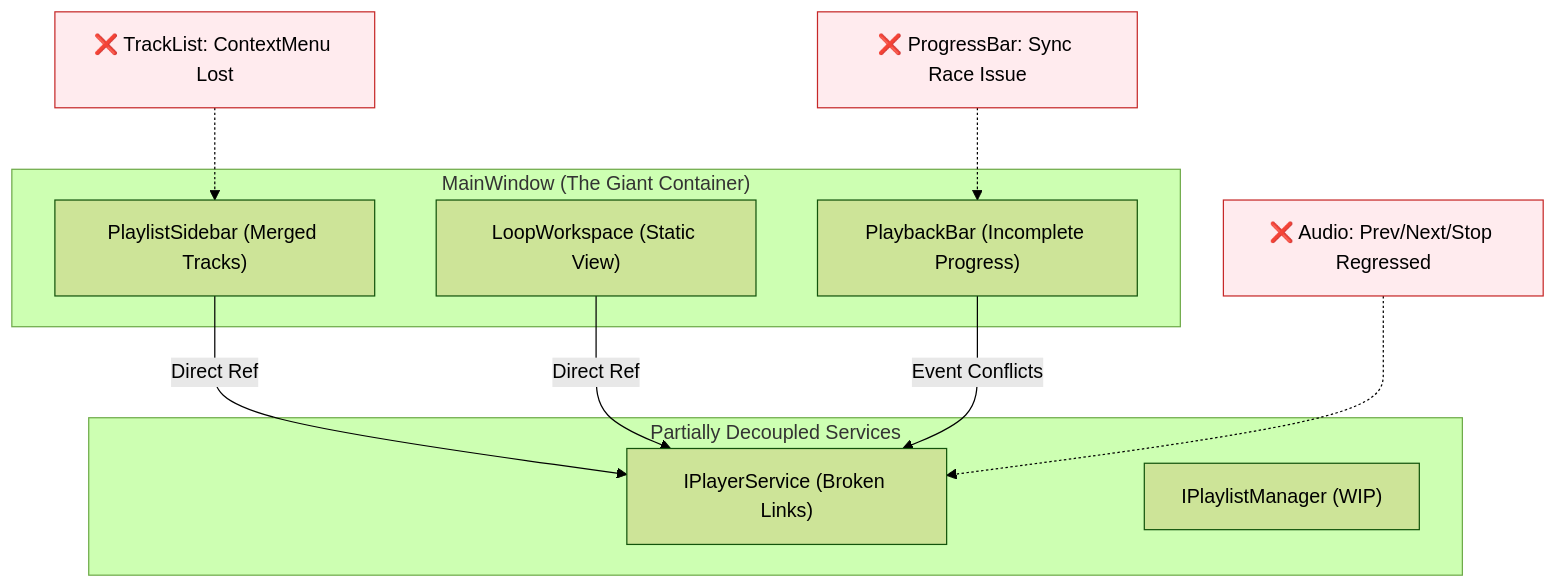
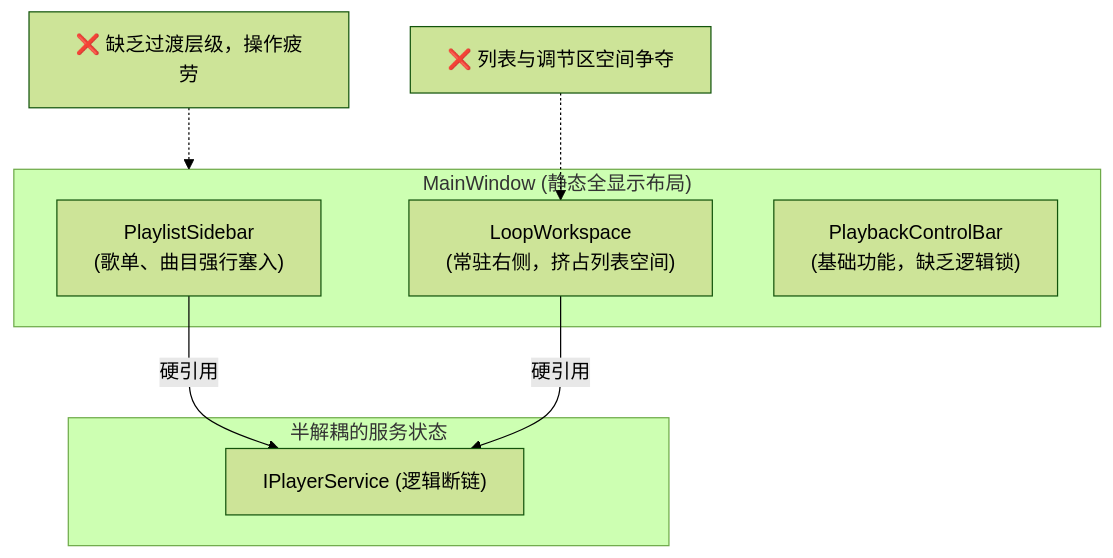
The second of 3 diagrams in progress/23更详细的架构.md (CPUrising/seamless-loop-music), drawn with Mermaid (forest theme) before and after one commit. The commit also changed other lines of this file and 3 other files, not shown here.

````diff
--- a/progress/23更详细的架构.md
+++ b/progress/23更详细的架构.md
@@ -85,31 +68,21 @@
 ```mermaid
 graph TD
-    subgraph MW_Legacy ["MainWindow (The Giant Container)"]
-        SB_L["PlaylistSidebar (Merged Tracks)"]
-        LW_L["LoopWorkspace (Static View)"]
-        PB_L["PlaybackBar (Incomplete Progress)"]
+    subgraph MW_Legacy ["MainWindow (静态全显示布局)"]
+        Sidebar_L["PlaylistSidebar\n(歌单、曲目强行塞入)"]
+        Workspace_L["LoopWorkspace\n(常驻右侧，挤占列表空间)"]
+        Controls_L["PlaybackControlBar\n(基础功能，缺乏逻辑锁)"]
     end
 
-    subgraph Service_Legacy ["Partially Decoupled Services"]
-        PS_L["IPlayerService (Broken Links)"]
-        PMS_L["IPlaylistManager (WIP)"]
+    subgraph Service_Legacy ["半解耦的服务状态"]
+        PS_L["IPlayerService (逻辑断链)"]
     end
 
-    %% 耦合路径
-    SB_L -- "Direct Ref" --> PS_L
-    LW_L -- "Direct Ref" --> PS_L
-    PB_L -- "Event Conflicts" --> PS_L
-
-    %% 严重故障标注
-    Bug1["❌ ProgressBar: Sync Race Issue"]
-    Bug2["❌ TrackList: ContextMenu Lost"]
-    Bug3["❌ Audio: Prev/Next/Stop Regressed"]
+    %% 耦合痛点
+    Sidebar_L -- "硬引用" --> PS_L
+    Workspace_L -- "硬引用" --> PS_L
     
-    Bug1 -.-> PB_L
-    Bug2 -.-> SB_L
-    Bug3 -.-> PS_L
-
-    style Bug1 fill:#ffebee,stroke:#c62828
-    style Bug2 fill:#ffebee,stroke:#c62828
-    style Bug3 fill:#ffebee,stroke:#c62828
+    Issue1["❌ 列表与调节区空间争夺"]
+    Issue2["❌ 缺乏过渡层级，操作疲劳"]
+    Issue1 -.-> Workspace_L
+    Issue2 -.-> MW_Legacy
 ```
````
